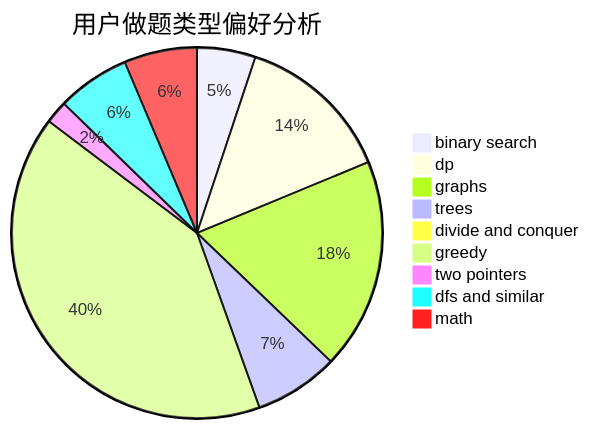
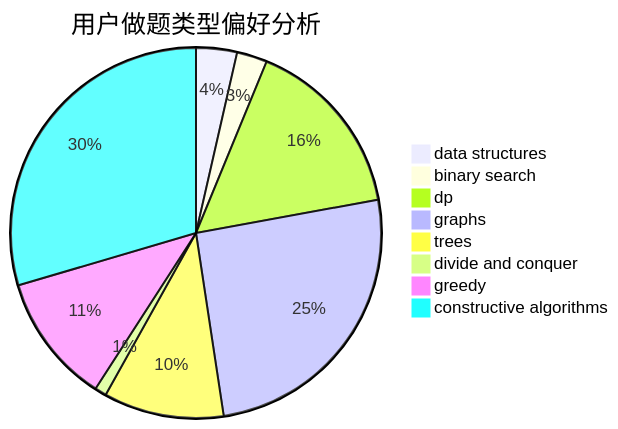
The second of 3 diagrams in docs/user/u2213.md (sherpahu/cfrs.github.io), drawn with Mermaid before and after one commit. The commit also changed other lines of this file and 2775 other files, not shown here.

````diff
--- a/docs/user/u2213.md
+++ b/docs/user/u2213.md
@@ -23,12 +23,11 @@
 ```mermaid
 pie title 用户做题类型偏好分析
-    "binary search" :  77
-    "dp" :  206
-    "graphs" :  278
-    "trees" :  111
+    "data structures" :  35
+    "binary search" :  26
+    "dp" :  156
+    "graphs" :  250
+    "trees" :  103
     "divide and conquer" :  10
-    "greedy" :  615
-    "two pointers" :  30
-    "dfs and similar" :  96
-    "math" :  96
+    "greedy" :  111
+    "constructive algorithms" :  290
 ```
````
